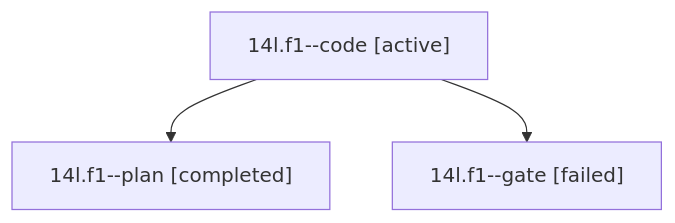
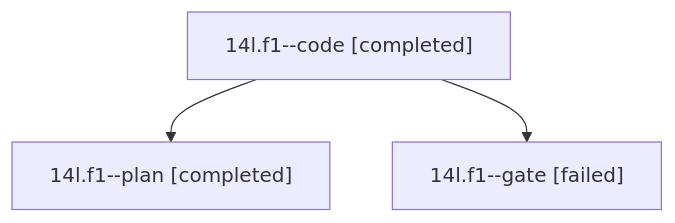
Before and after one commit to bobs-org/bob-cli--agents: the diagram in sessions/bbugyi200.athena.14l.f1.md, drawn with Mermaid. The commit also changed other lines of this file and 294 other files, not shown here.

````diff
--- a/sessions/bbugyi200.athena.14l.f1.md
+++ b/sessions/bbugyi200.athena.14l.f1.md
@@ -9,8 +9,8 @@
 ```mermaid
 flowchart TD
-  n0["14l.f1--code [active]"]
+  n0["14l.f1--code [completed]"]
   n1["14l.f1--plan [completed]"]
   n0 --> n1
   n2["14l.f1--gate [failed]"]
   n0 --> n2
 ```
````
